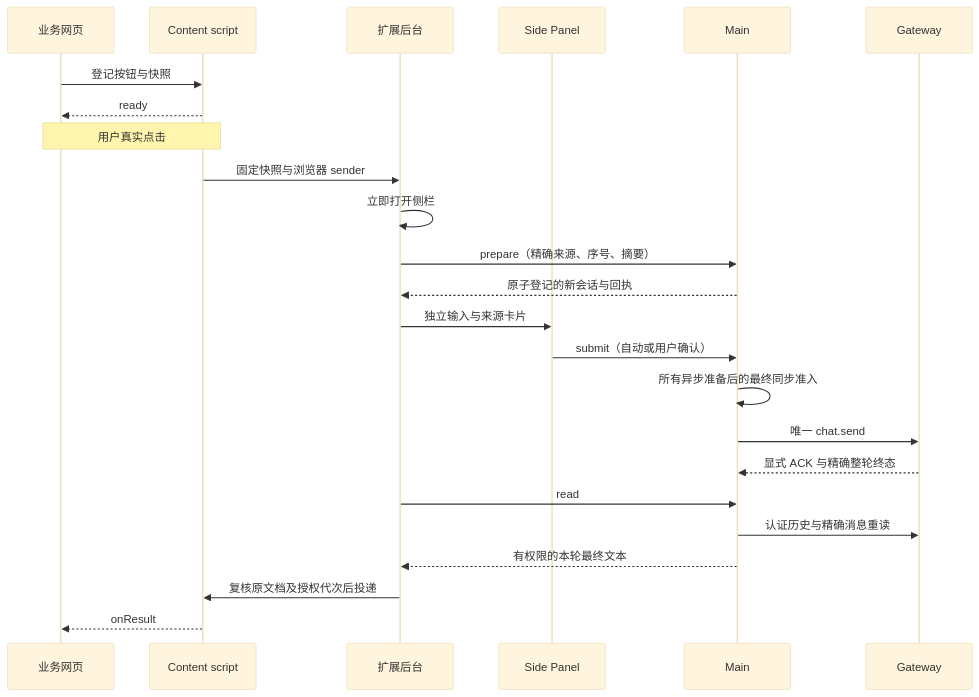
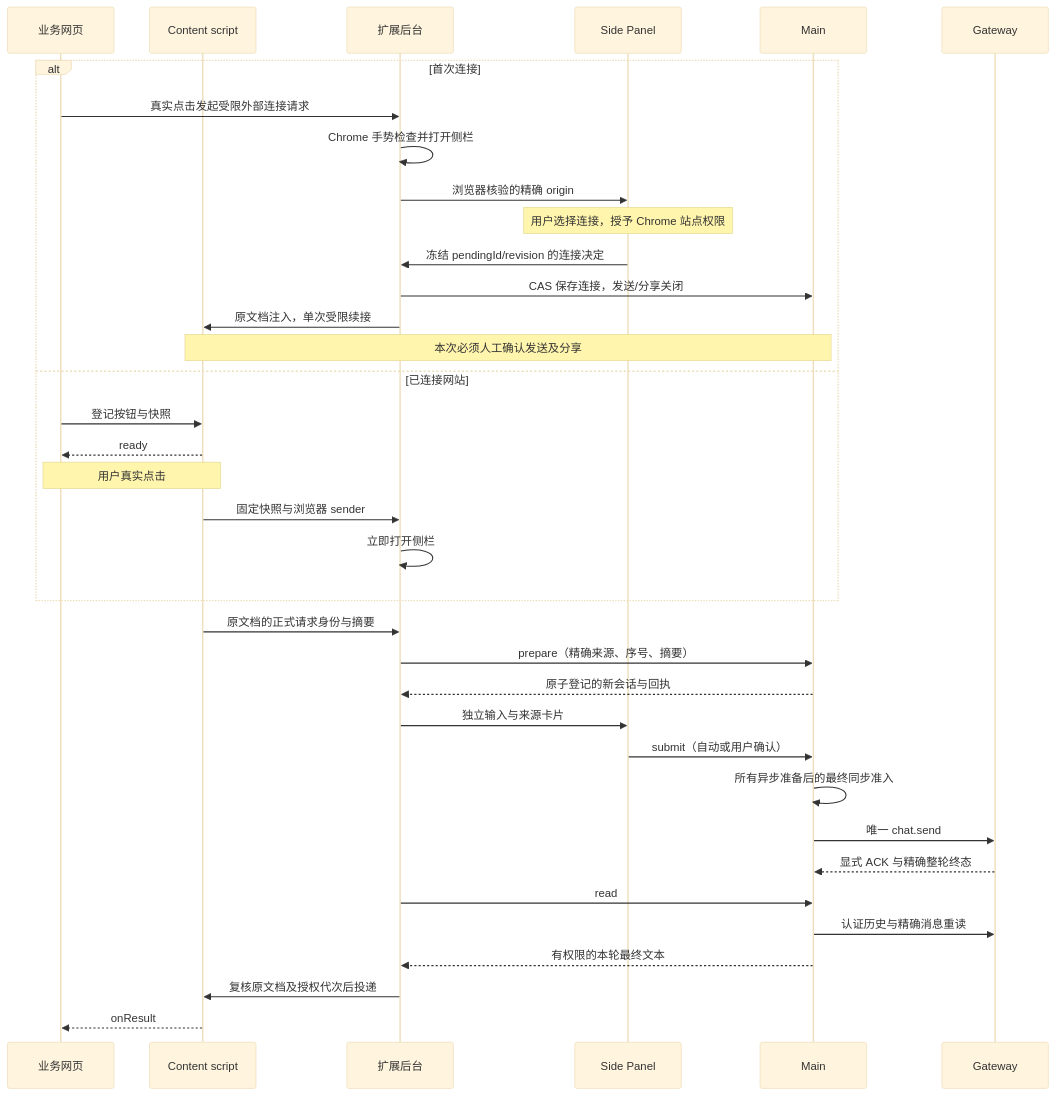
One commit to liangxhao/JustDo changed the diagram in docs/plugins/chrome-extensions/chrome-assistant/website-launch.md. Above: the diagram before and after it, drawn with Mermaid (base theme). The commit also changed other lines of this file and 28 other files, not shown here.

````diff
--- a/docs/plugins/chrome-extensions/chrome-assistant/website-launch.md
+++ b/docs/plugins/chrome-extensions/chrome-assistant/website-launch.md
@@ -44,26 +48,38 @@
 ```mermaid
 sequenceDiagram
   participant W as 业务网页
   participant C as Content script
   participant B as 扩展后台
   participant P as Side Panel
   participant M as Main
   participant G as Gateway
+  alt 首次连接
+    W->>B: 真实点击发起受限外部连接请求
+    B->>B: Chrome 手势检查并打开侧栏
+    B->>P: 浏览器核验的精确 origin
+    Note over P: 用户选择连接，授予 Chrome 站点权限
+    P->>B: 冻结 pendingId/revision 的连接决定
+    B->>M: CAS 保存连接，发送/分享关闭
+    B->>C: 原文档注入，单次受限续接
+    Note over C,M: 本次必须人工确认发送及分享
+  else 已连接网站
   W->>C: 登记按钮与快照
   C-->>W: ready
   Note over W,C: 用户真实点击
   C->>B: 固定快照与浏览器 sender
   B->>B: 立即打开侧栏
+  end
+  C->>B: 原文档的正式请求身份与摘要
   B->>M: prepare（精确来源、序号、摘要）
   M-->>B: 原子登记的新会话与回执
   B->>P: 独立输入与来源卡片
   P->>M: submit（自动或用户确认）
   M->>M: 所有异步准备后的最终同步准入
   M->>G: 唯一 chat.send
   G-->>M: 显式 ACK 与精确整轮终态
   B->>M: read
   M->>G: 认证历史与精确消息重读
   M-->>B: 有权限的本轮最终文本
   B->>C: 复核原文档及授权代次后投递
   C-->>W: onResult
 ```
````
